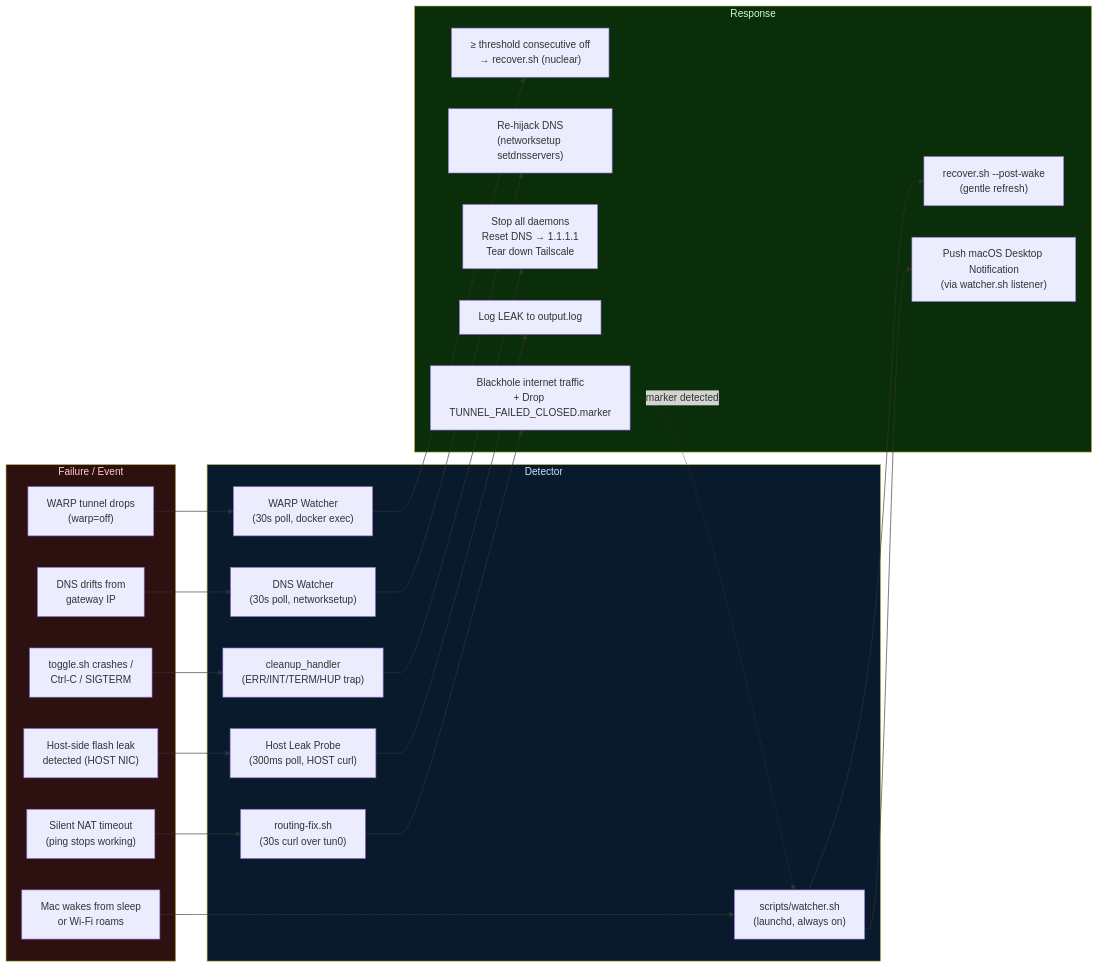
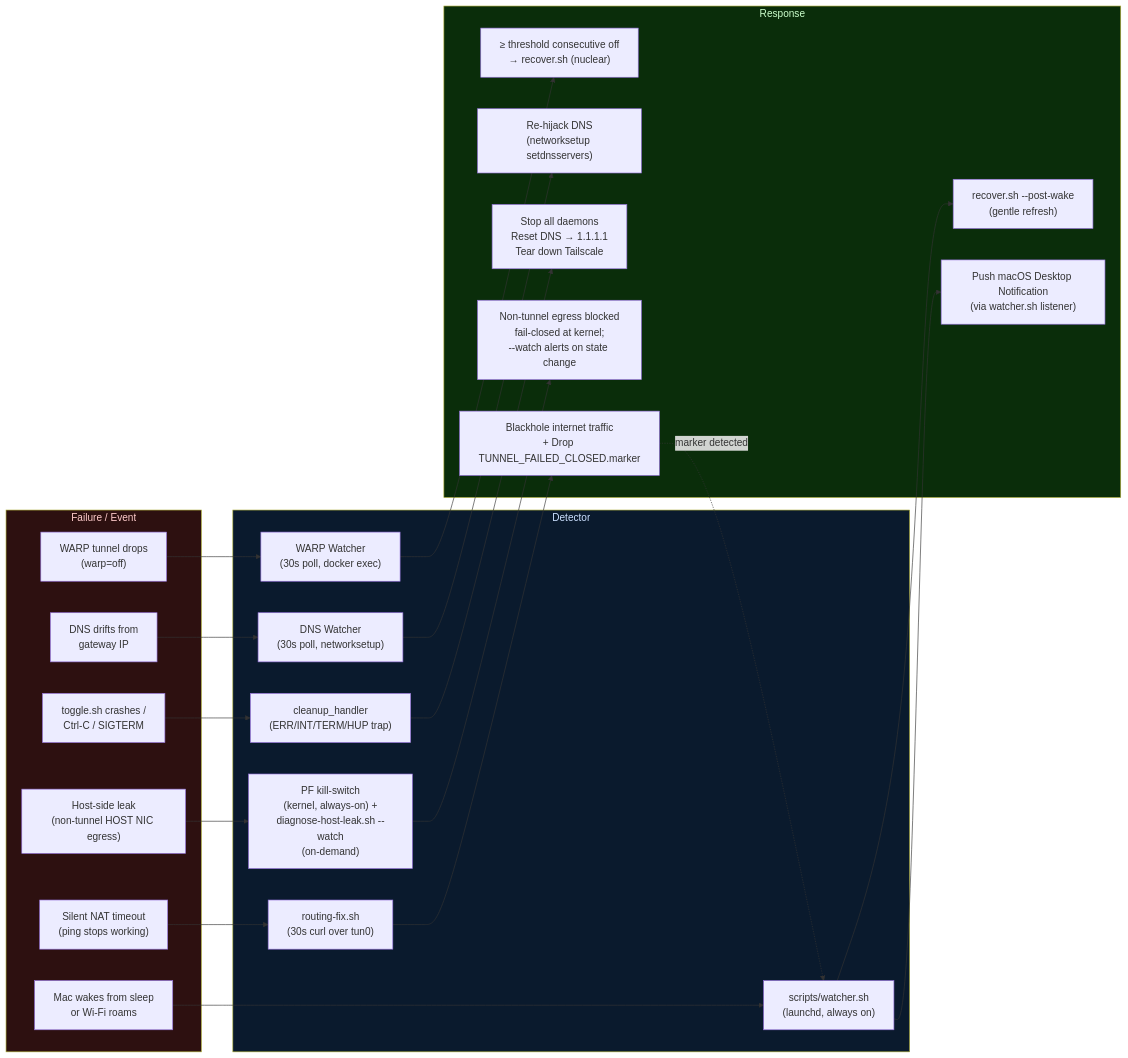
The seventh of 7 diagrams in diagrams.md (OmarAlaaeldein/nullexit), drawn with Mermaid before and after one commit. The commit also changed other lines of this file and 3 other files, not shown here.

````diff
--- a/diagrams.md
+++ b/diagrams.md
@@ -307,43 +299,43 @@
 ```mermaid
 flowchart LR
     subgraph EVENTS["Failure / Event"]
         E1["WARP tunnel drops\n(warp=off)"]
         E2["Mac wakes from sleep\nor Wi-Fi roams"]
         E3["DNS drifts from\ngateway IP"]
         E4["toggle.sh crashes /\nCtrl-C / SIGTERM"]
-        E5["Host-side flash leak\ndetected (HOST NIC)"]
+        E5["Host-side leak\n(non-tunnel HOST NIC egress)"]
         E6["Silent NAT timeout\n(ping stops working)"]
     end
 
     subgraph DETECTORS["Detector"]
         D1["WARP Watcher\n(30s poll, docker exec)"]
         D2["scripts/watcher.sh\n(launchd, always on)"]
         D3["DNS Watcher\n(30s poll, networksetup)"]
         D4["cleanup_handler\n(ERR/INT/TERM/HUP trap)"]
-        D5["Host Leak Probe\n(300ms poll, HOST curl)"]
+        D5["PF kill-switch\n(kernel, always-on) +\ndiagnose-host-leak.sh --watch\n(on-demand)"]
         D6["routing-fix.sh\n(30s curl over tun0)"]
     end
 
     subgraph ACTIONS["Response"]
         A1["≥ threshold consecutive off\n→ recover.sh (nuclear)"]
         A2["recover.sh --post-wake\n(gentle refresh)"]
         A3["Re-hijack DNS\n(networksetup setdnsservers)"]
         A4["Stop all daemons\nReset DNS → 1.1.1.1\nTear down Tailscale"]
-        A5["Log LEAK to output.log"]
+        A5["Non-tunnel egress blocked\nfail-closed at kernel;\n--watch alerts on state change"]
         A6["Blackhole internet traffic\n+ Drop TUNNEL_FAILED_CLOSED.marker"]
         A7["Push macOS Desktop Notification\n(via watcher.sh listener)"]
     end
 
     E1 --> D1 --> A1
     E2 --> D2 --> A2
     E3 --> D3 --> A3
     E4 --> D4 --> A4
     E5 --> D5 --> A5
     E6 --> D6 --> A6
     A6 -.->|"marker detected"| D2
     D2 --> A7
 
     style EVENTS fill:#2d1010,color:#ffcccc
     style DETECTORS fill:#0a1a2d,color:#cce0ff
     style ACTIONS fill:#0a2d0a,color:#ccffcc
 ```
````
